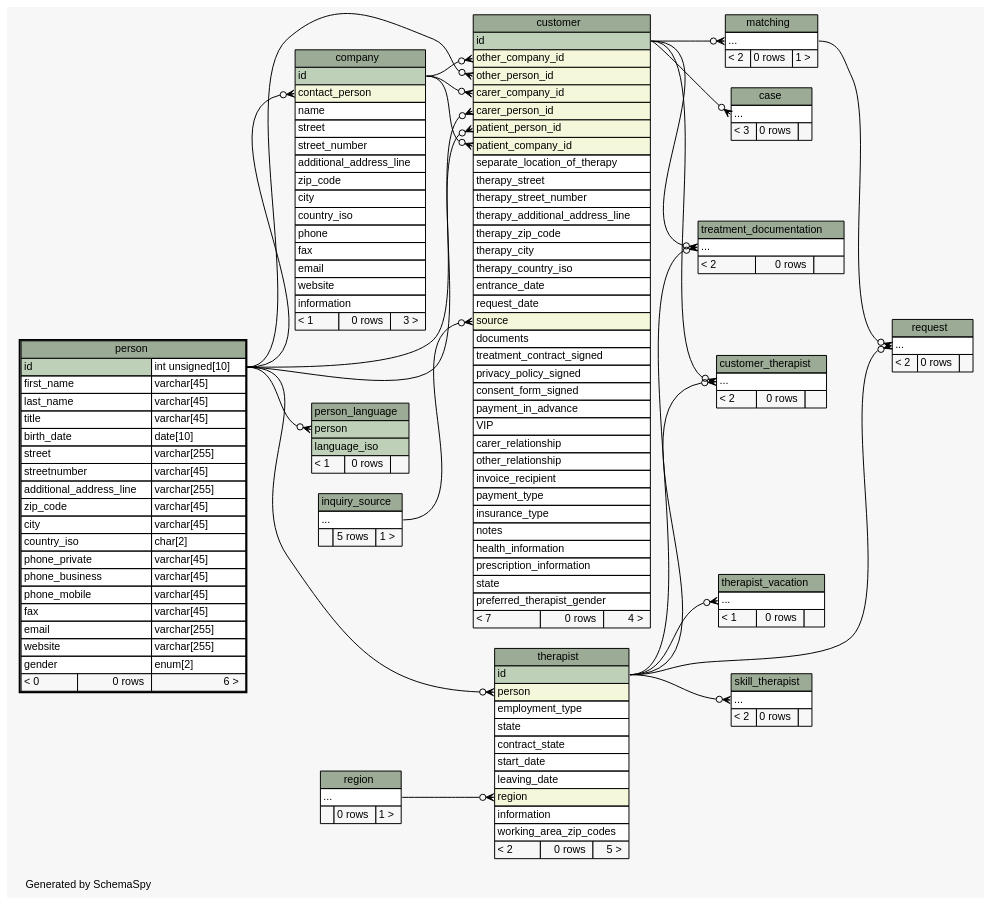
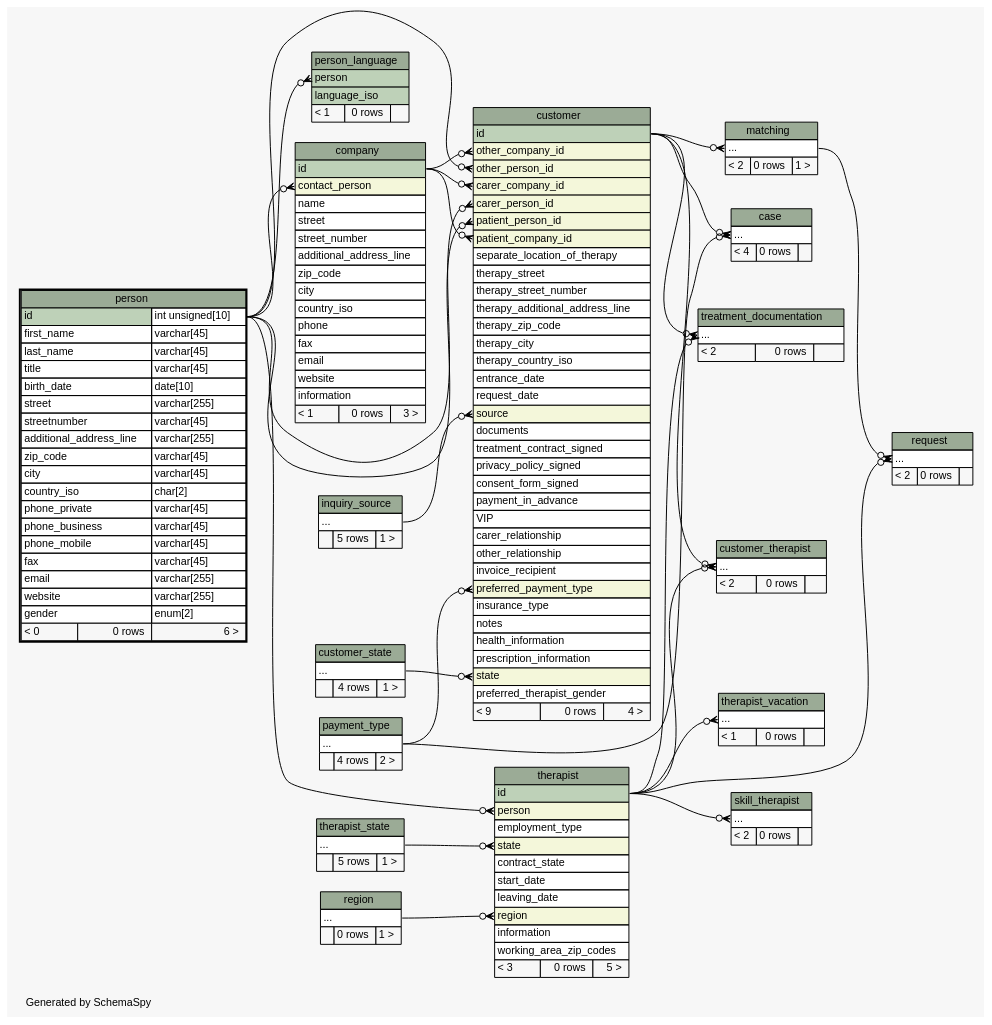
One commit to KaiBMP/KaiBMP.github.io changed the diagram in diagrams/person.2degrees.dot. Above: the diagram before and after it, drawn with Graphviz. The commit also changed 122 other files, not shown here.

Commit message:
schemaspy update

```diff
--- a/diagrams/person.2degrees.dot
+++ b/diagrams/person.2degrees.dot
@@ -20,6 +20,7 @@
     arrowsize="0.8"
   ];
   "case":"elipses":w -> "customer":"id":e [arrowhead=none dir=back arrowtail=crowodot];
+  "case":"elipses":w -> "payment_type":"elipses":e [arrowhead=none dir=back arrowtail=crowodot];
   "company":"contact_person":w -> "person":"id.type":e [arrowhead=none dir=back arrowtail=crowodot];
   "customer":"carer_company_id":w -> "company":"id":e [arrowhead=none dir=back arrowtail=crowodot];
   "customer":"carer_person_id":w -> "person":"id.type":e [arrowhead=none dir=back arrowtail=crowodot];
@@ -27,7 +28,9 @@
   "customer":"other_person_id":w -> "person":"id.type":e [arrowhead=none dir=back arrowtail=crowodot];
   "customer":"patient_company_id":w -> "company":"id":e [arrowhead=none dir=back arrowtail=crowodot];
   "customer":"patient_person_id":w -> "person":"id.type":e [arrowhead=none dir=back arrowtail=crowodot];
+  "customer":"preferred_payment_type":w -> "payment_type":"elipses":e [arrowhead=none dir=back arrowtail=crowodot];
   "customer":"source":w -> "inquiry_source":"elipses":e [arrowhead=none dir=back arrowtail=crowodot];
+  "customer":"state":w -> "customer_state":"elipses":e [arrowhead=none dir=back arrowtail=crowodot];
   "customer_therapist":"elipses":w -> "customer":"id":e [arrowhead=none dir=back arrowtail=crowodot];
   "customer_therapist":"elipses":w -> "therapist":"id":e [arrowhead=none dir=back arrowtail=crowodot];
   "matching":"elipses":w -> "customer":"id":e [arrowhead=none dir=back arrowtail=crowodot];
@@ -37,6 +40,7 @@
   "skill_therapist":"elipses":w -> "therapist":"id":e [arrowhead=none dir=back arrowtail=crowodot];
   "therapist":"person":w -> "person":"id.type":e [arrowhead=none dir=back arrowtail=crowodot];
   "therapist":"region":w -> "region":"elipses":e [arrowhead=none dir=back arrowtail=crowodot];
+  "therapist":"state":w -> "therapist_state":"elipses":e [arrowhead=none dir=back arrowtail=crowodot];
   "therapist_vacation":"elipses":w -> "therapist":"id":e [arrowhead=none dir=back arrowtail=crowodot];
   "treatment_documentation":"elipses":w -> "customer":"id":e [arrowhead=none dir=back arrowtail=crowodot];
   "treatment_documentation":"elipses":w -> "therapist":"id":e [arrowhead=none dir=back arrowtail=crowodot];
@@ -45,7 +49,7 @@
     <TABLE BORDER="0" CELLBORDER="1" CELLSPACING="0" BGCOLOR="#ffffff">
       <TR><TD COLSPAN="3" BGCOLOR="#9bab96" ALIGN="CENTER">case</TD></TR>
       <TR><TD PORT="elipses" COLSPAN="3" ALIGN="LEFT">...</TD></TR>
-      <TR><TD ALIGN="LEFT" BGCOLOR="#f7f7f7">&lt; 3</TD><TD ALIGN="RIGHT" BGCOLOR="#f7f7f7">0 rows</TD><TD ALIGN="RIGHT" BGCOLOR="#f7f7f7">  </TD></TR>
+      <TR><TD ALIGN="LEFT" BGCOLOR="#f7f7f7">&lt; 4</TD><TD ALIGN="RIGHT" BGCOLOR="#f7f7f7">0 rows</TD><TD ALIGN="RIGHT" BGCOLOR="#f7f7f7">  </TD></TR>
     </TABLE>>
     URL="case.html"
     tooltip="case"
@@ -103,17 +107,27 @@
       <TR><TD PORT="carer_relationship" COLSPAN="3" ALIGN="LEFT">carer_relationship</TD></TR>
       <TR><TD PORT="other_relationship" COLSPAN="3" ALIGN="LEFT">other_relationship</TD></TR>
       <TR><TD PORT="invoice_recipient" COLSPAN="3" ALIGN="LEFT">invoice_recipient</TD></TR>
-      <TR><TD PORT="payment_type" COLSPAN="3" ALIGN="LEFT">payment_type</TD></TR>
+      <TR><TD PORT="preferred_payment_type" COLSPAN="3" BGCOLOR="#f4f7da" ALIGN="LEFT">preferred_payment_type</TD></TR>
       <TR><TD PORT="insurance_type" COLSPAN="3" ALIGN="LEFT">insurance_type</TD></TR>
       <TR><TD PORT="notes" COLSPAN="3" ALIGN="LEFT">notes</TD></TR>
       <TR><TD PORT="health_information" COLSPAN="3" ALIGN="LEFT">health_information</TD></TR>
       <TR><TD PORT="prescription_information" COLSPAN="3" ALIGN="LEFT">prescription_information</TD></TR>
-      <TR><TD PORT="state" COLSPAN="3" ALIGN="LEFT">state</TD></TR>
+      <TR><TD PORT="state" COLSPAN="3" BGCOLOR="#f4f7da" ALIGN="LEFT">state</TD></TR>
       <TR><TD PORT="preferred_therapist_gender" COLSPAN="3" ALIGN="LEFT">preferred_therapist_gender</TD></TR>
-      <TR><TD ALIGN="LEFT" BGCOLOR="#f7f7f7">&lt; 7</TD><TD ALIGN="RIGHT" BGCOLOR="#f7f7f7">0 rows</TD><TD ALIGN="RIGHT" BGCOLOR="#f7f7f7">4 &gt;</TD></TR>
+      <TR><TD ALIGN="LEFT" BGCOLOR="#f7f7f7">&lt; 9</TD><TD ALIGN="RIGHT" BGCOLOR="#f7f7f7">0 rows</TD><TD ALIGN="RIGHT" BGCOLOR="#f7f7f7">4 &gt;</TD></TR>
     </TABLE>>
     URL="customer.html"
     tooltip="customer"
+  ];
+  "customer_state" [
+    label=<
+    <TABLE BORDER="0" CELLBORDER="1" CELLSPACING="0" BGCOLOR="#ffffff">
+      <TR><TD COLSPAN="3" BGCOLOR="#9bab96" ALIGN="CENTER">customer_state</TD></TR>
+      <TR><TD PORT="elipses" COLSPAN="3" ALIGN="LEFT">...</TD></TR>
+      <TR><TD ALIGN="LEFT" BGCOLOR="#f7f7f7">  </TD><TD ALIGN="RIGHT" BGCOLOR="#f7f7f7">4 rows</TD><TD ALIGN="RIGHT" BGCOLOR="#f7f7f7">1 &gt;</TD></TR>
+    </TABLE>>
+    URL="customer_state.html"
+    tooltip="customer_state"
   ];
   "customer_therapist" [
     label=<
@@ -144,6 +158,16 @@
     </TABLE>>
     URL="matching.html"
     tooltip="matching"
+  ];
+  "payment_type" [
+    label=<
+    <TABLE BORDER="0" CELLBORDER="1" CELLSPACING="0" BGCOLOR="#ffffff">
+      <TR><TD COLSPAN="3" BGCOLOR="#9bab96" ALIGN="CENTER">payment_type</TD></TR>
+      <TR><TD PORT="elipses" COLSPAN="3" ALIGN="LEFT">...</TD></TR>
+      <TR><TD ALIGN="LEFT" BGCOLOR="#f7f7f7">  </TD><TD ALIGN="RIGHT" BGCOLOR="#f7f7f7">4 rows</TD><TD ALIGN="RIGHT" BGCOLOR="#f7f7f7">2 &gt;</TD></TR>
+    </TABLE>>
+    URL="payment_type.html"
+    tooltip="payment_type"
   ];
   "person" [
     label=<
@@ -220,17 +244,27 @@
       <TR><TD PORT="id" COLSPAN="3" BGCOLOR="#bed1b8" ALIGN="LEFT">id</TD></TR>
       <TR><TD PORT="person" COLSPAN="3" BGCOLOR="#f4f7da" ALIGN="LEFT">person</TD></TR>
       <TR><TD PORT="employment_type" COLSPAN="3" ALIGN="LEFT">employment_type</TD></TR>
-      <TR><TD PORT="state" COLSPAN="3" ALIGN="LEFT">state</TD></TR>
+      <TR><TD PORT="state" COLSPAN="3" BGCOLOR="#f4f7da" ALIGN="LEFT">state</TD></TR>
       <TR><TD PORT="contract_state" COLSPAN="3" ALIGN="LEFT">contract_state</TD></TR>
       <TR><TD PORT="start_date" COLSPAN="3" ALIGN="LEFT">start_date</TD></TR>
       <TR><TD PORT="leaving_date" COLSPAN="3" ALIGN="LEFT">leaving_date</TD></TR>
       <TR><TD PORT="region" COLSPAN="3" BGCOLOR="#f4f7da" ALIGN="LEFT">region</TD></TR>
       <TR><TD PORT="information" COLSPAN="3" ALIGN="LEFT">information</TD></TR>
       <TR><TD PORT="working_area_zip_codes" COLSPAN="3" ALIGN="LEFT">working_area_zip_codes</TD></TR>
-      <TR><TD ALIGN="LEFT" BGCOLOR="#f7f7f7">&lt; 2</TD><TD ALIGN="RIGHT" BGCOLOR="#f7f7f7">0 rows</TD><TD ALIGN="RIGHT" BGCOLOR="#f7f7f7">5 &gt;</TD></TR>
+      <TR><TD ALIGN="LEFT" BGCOLOR="#f7f7f7">&lt; 3</TD><TD ALIGN="RIGHT" BGCOLOR="#f7f7f7">0 rows</TD><TD ALIGN="RIGHT" BGCOLOR="#f7f7f7">5 &gt;</TD></TR>
     </TABLE>>
     URL="therapist.html"
     tooltip="therapist"
+  ];
+  "therapist_state" [
+    label=<
+    <TABLE BORDER="0" CELLBORDER="1" CELLSPACING="0" BGCOLOR="#ffffff">
+      <TR><TD COLSPAN="3" BGCOLOR="#9bab96" ALIGN="CENTER">therapist_state</TD></TR>
+      <TR><TD PORT="elipses" COLSPAN="3" ALIGN="LEFT">...</TD></TR>
+      <TR><TD ALIGN="LEFT" BGCOLOR="#f7f7f7">  </TD><TD ALIGN="RIGHT" BGCOLOR="#f7f7f7">5 rows</TD><TD ALIGN="RIGHT" BGCOLOR="#f7f7f7">1 &gt;</TD></TR>
+    </TABLE>>
+    URL="therapist_state.html"
+    tooltip="therapist_state"
   ];
   "therapist_vacation" [
     label=<
```
